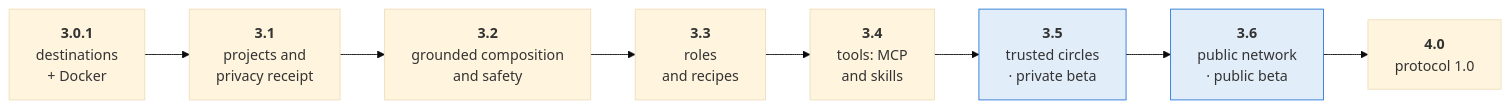
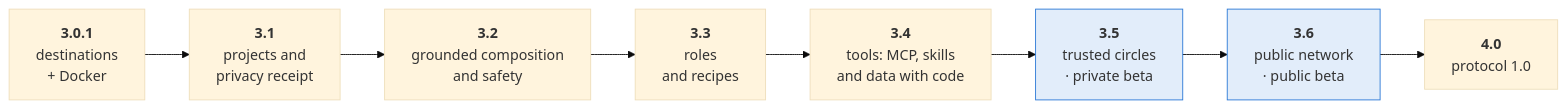
One commit to Sebastardito/SwarmblyAI changed the fifth of 10 diagrams in README.md. Above: the diagram before and after it, drawn with Mermaid (base theme). The commit also changed other lines of this file and 8 other files, not shown here.

````diff
--- a/README.md
+++ b/README.md
@@ -291,12 +291,12 @@
 ```mermaid
 flowchart LR
   A["<b>3.0.1</b><br/>destinations<br/>+ Docker"] --> B["<b>3.1</b><br/>projects and<br/>privacy receipt"]
   B --> C["<b>3.2</b><br/>grounded composition<br/>and safety"]
   C --> C2["<b>3.3</b><br/>roles<br/>and recipes"]
-  C2 --> D["<b>3.4</b><br/>tools: MCP<br/>and skills"]
+  C2 --> D["<b>3.4</b><br/>tools: MCP, skills<br/>and data with code"]
   D --> E["<b>3.5</b><br/>trusted circles<br/>· private beta"]
   E --> F["<b>3.6</b><br/>public network<br/>· public beta"]
   F --> G["<b>4.0</b><br/>protocol 1.0"]
   style E fill:#2a78d622,stroke:#2a78d6
   style F fill:#2a78d622,stroke:#2a78d6
 ```
````
